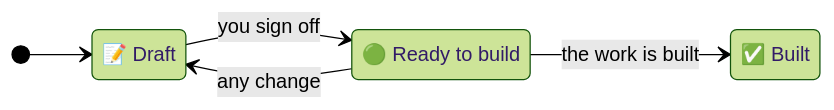
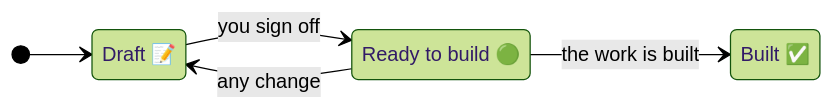
One commit to michaelmarconi/agentic-engineering changed the first of 2 diagrams in docs/skills/plan.md. Above: the diagram before and after it, drawn with Mermaid (forest theme). The commit also changed other lines of this file and 101 other files, not shown here.

````diff
--- a/docs/skills/plan.md
+++ b/docs/skills/plan.md
@@ -112,11 +112,11 @@
 ```mermaid
 stateDiagram-v2
     direction LR
-    state "📝 Draft" as Draft
-    state "🟢 Ready to build" as Ready
-    state "✅ Built" as Built
+    state "Draft 📝" as Draft
+    state "Ready to build 🟢" as Ready
+    state "Built ✅" as Built
     [*] --> Draft
     Draft --> Ready: you sign off
     Ready --> Draft: any change
     Ready --> Built: the work is built
 ```
````
